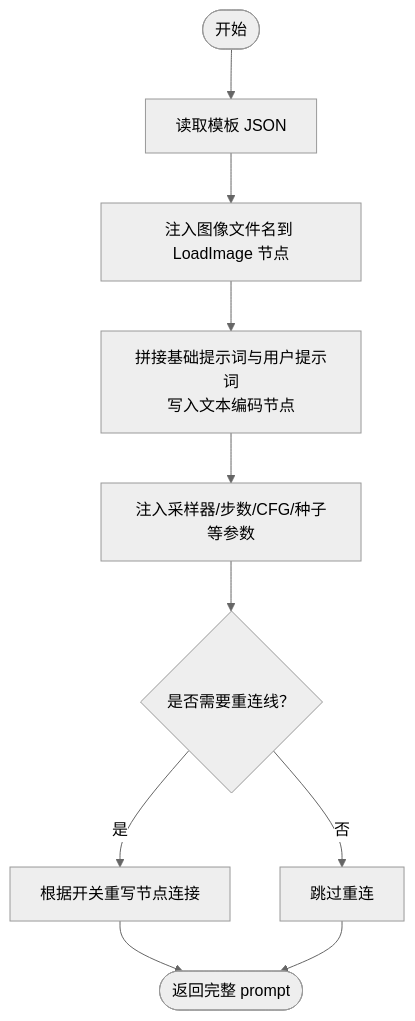
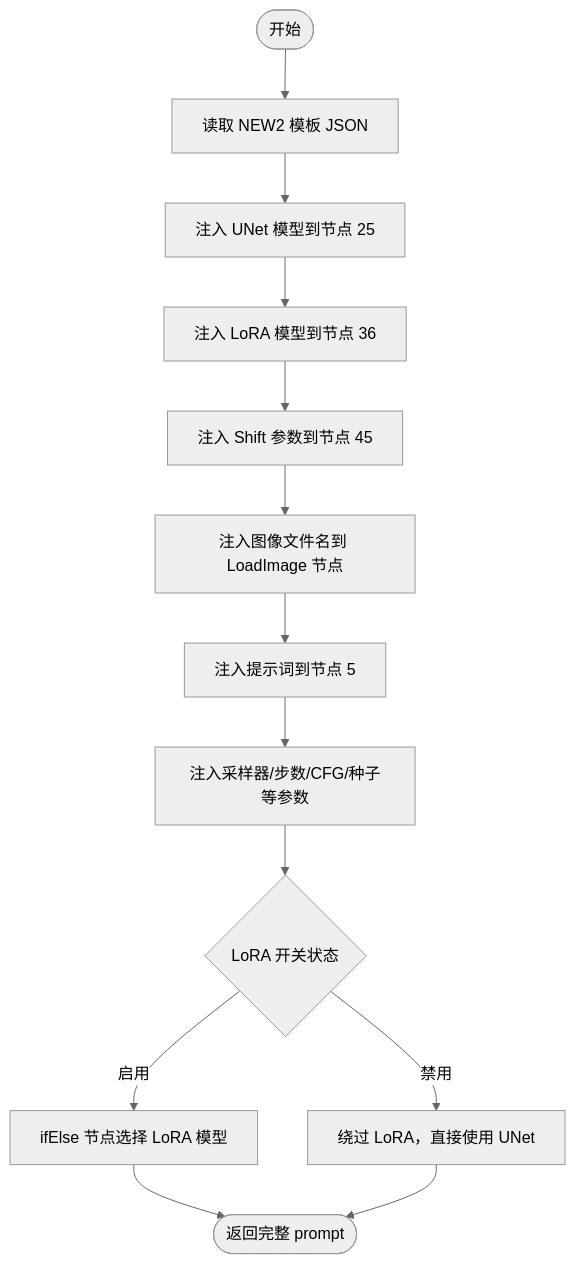
The third of 4 diagrams in .qoder/repowiki/zh/content/工作流系统/工作流模板管理.md (billye220670/CorineKit_Pix2Real), drawn with Mermaid (neutral theme) before and after one commit. The commit also changed other lines of this file and 21 other files, not shown here.

````diff
--- a/.qoder/repowiki/zh/content/工作流系统/工作流模板管理.md
+++ b/.qoder/repowiki/zh/content/工作流系统/工作流模板管理.md
@@ -156,12 +168,15 @@
 ```mermaid
 flowchart TD
-Start(["开始"]) --> Load["读取模板 JSON"]
-Load --> InjectImage["注入图像文件名到 LoadImage 节点"]
-InjectImage --> InjectPrompt["拼接基础提示词与用户提示词<br/>写入文本编码节点"]
+Start(["开始"]) --> Load["读取 NEW2 模板 JSON"]
+Load --> InjectUNet["注入 UNet 模型到节点 25"]
+InjectUNet --> InjectLora["注入 LoRA 模型到节点 36"]
+InjectLora --> InjectShift["注入 Shift 参数到节点 45"]
+InjectShift --> InjectImage["注入图像文件名到 LoadImage 节点"]
+InjectImage --> InjectPrompt["注入提示词到节点 5"]
 InjectPrompt --> InjectSampler["注入采样器/步数/CFG/种子等参数"]
-InjectSampler --> OptionalRewire{"是否需要重连线？"}
-OptionalRewire --> |是| Rewire["根据开关重写节点连接"]
-OptionalRewire --> |否| SkipRewire["跳过重连"]
-Rewire --> Done(["返回完整 prompt"])
-SkipRewire --> Done
+InjectSampler --> ModelSwitch{"LoRA 开关状态"}
+ModelSwitch --> |启用| EnableLora["ifElse 节点选择 LoRA 模型"]
+ModelSwitch --> |禁用| DisableLora["绕过 LoRA，直接使用 UNet"]
+EnableLora --> Done(["返回完整 prompt"])
+DisableLora --> Done
 ```
````
